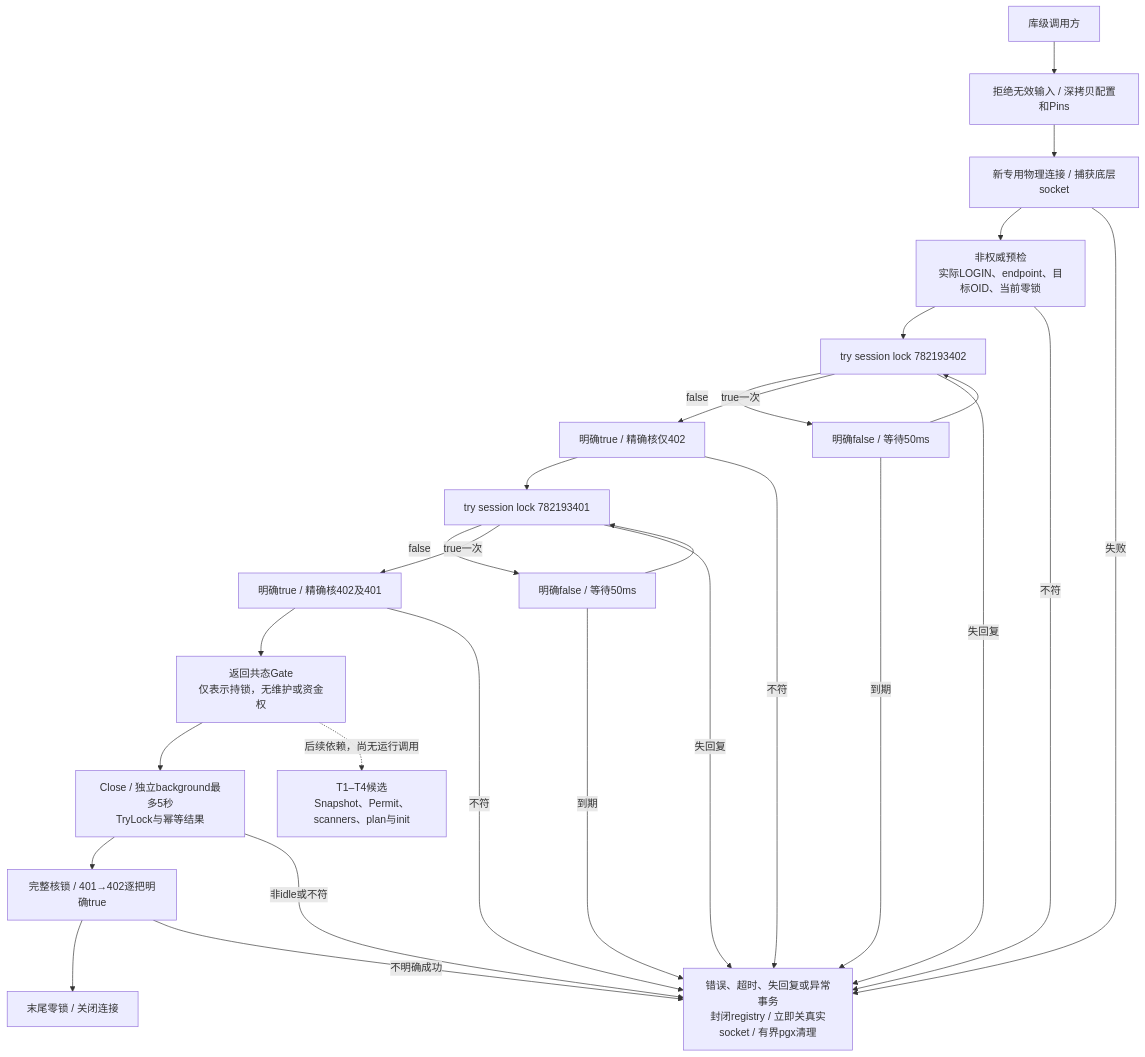
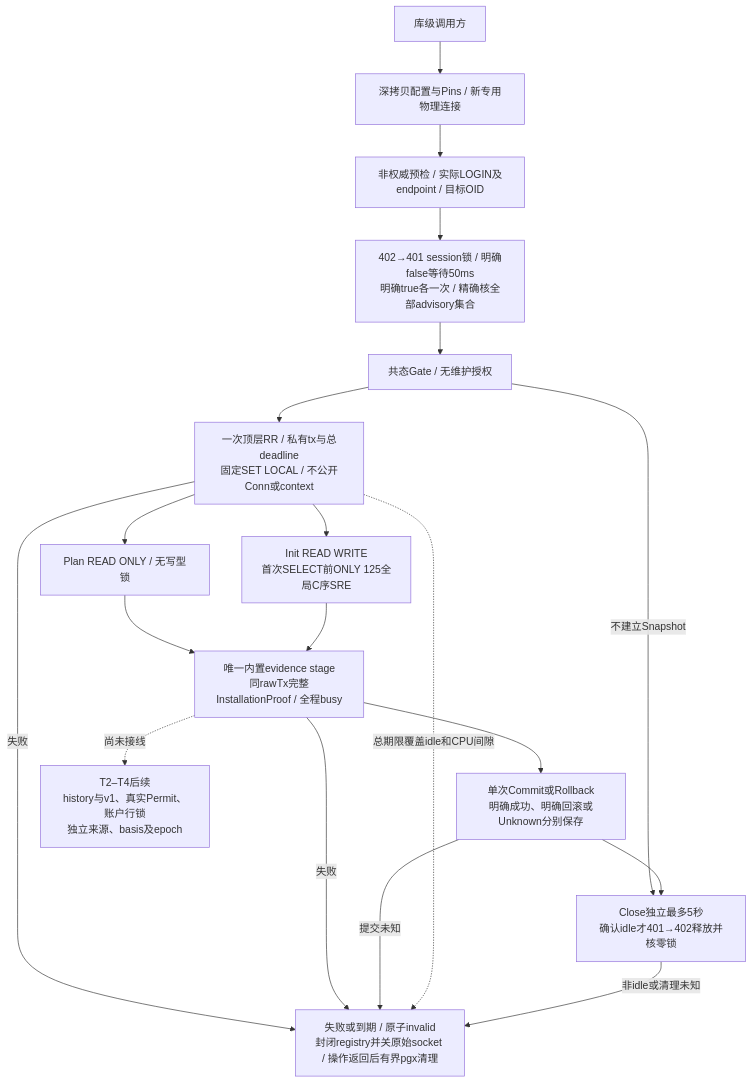
The diagram in docs/architecture/maintenance-gate.md (workhold/moni-aigate), drawn with Mermaid before and after one commit. The commit also changed other lines of this file and 34 other files, not shown here.

````diff
--- a/docs/architecture/maintenance-gate.md
+++ b/docs/architecture/maintenance-gate.md
@@ -5,35 +5,36 @@
 ```mermaid
 flowchart TD
     Caller[库级调用方]
-    Copy[拒绝无效输入 / 深拷贝配置和Pins]
-    Connect[新专用物理连接 / 捕获底层socket]
-    Preflight[非权威预检\n实际LOGIN、endpoint、目标OID、当前零锁]
-    Instance[try session lock 782193402]
-    WaitInstance[明确false / 等待50ms]
-    CheckInstance[明确true / 精确核仅402]
-    Migration[try session lock 782193401]
-    WaitMigration[明确false / 等待50ms]
-    CheckBoth[明确true / 精确核402及401]
-    Gate[返回共态Gate\n仅表示持锁，无维护或资金权]
-    Cleanup[Close / 独立background最多5秒\nTryLock与幂等结果]
-    Unlock[完整核锁 / 401→402逐把明确true]
-    End[末尾零锁 / 关闭连接]
-    Destroy[错误、超时、失回复或异常事务\n封闭registry / 立即关真实socket / 有界pgx清理]
-    Future[T1–T4候选\nSnapshot、Permit、scanners、plan与init]
-    Caller --> Copy --> Connect --> Preflight --> Instance
-    Instance -->|false| WaitInstance --> Instance
-    Instance -->|true一次| CheckInstance --> Migration
-    Migration -->|false| WaitMigration --> Migration
-    Migration -->|true一次| CheckBoth --> Gate --> Cleanup --> Unlock --> End
-    Connect -->|失败| Destroy
-    Preflight -->|不符| Destroy
-    CheckInstance -->|不符| Destroy
-    CheckBoth -->|不符| Destroy
-    WaitInstance -->|到期| Destroy
-    WaitMigration -->|到期| Destroy
-    Instance -->|失回复| Destroy
-    Migration -->|失回复| Destroy
-    Cleanup -->|非idle或不符| Destroy
-    Unlock -->|不明确成功| Destroy
-    Gate -. 后续依赖，尚无运行调用 .-> Future
+    Connect[深拷贝配置与Pins / 新专用物理连接]
+    Preflight[非权威预检 / 实际LOGIN及endpoint / 目标OID]
+    Locks[402→401 session锁 / 明确false等待50ms
+明确true各一次 / 精确核全部advisory集合]
+    Gate[共态Gate / 无维护授权]
+    Begin[一次顶层RR / 私有tx与总deadline
+固定SET LOCAL / 不公开Conn或context]
+    Plan[Plan READ ONLY / 无写型锁]
+    Init[Init READ WRITE
+首次SELECT前ONLY 125全局C序SRE]
+    Catalog[唯一内置evidence stage
+同rawTx完整InstallationProof / 全程busy]
+    Finish[单次Commit或Rollback
+明确成功、明确回滚或Unknown分别保存]
+    Cleanup[Close独立最多5秒
+确认idle才401→402释放并核零锁]
+    Destroy[失败或到期 / 原子invalid
+封闭registry并关原始socket / 操作返回后有界pgx清理]
+    Future[T2–T4后续
+history与v1、真实Permit、账户行锁
+独立来源、basis及epoch]
+    Caller --> Connect --> Preflight --> Locks --> Gate --> Begin
+    Gate -->|不建立Snapshot| Cleanup
+    Begin --> Plan --> Catalog
+    Begin --> Init --> Catalog
+    Catalog --> Finish --> Cleanup
+    Begin -->|失败| Destroy
+    Catalog -->|失败| Destroy
+    Finish -->|提交未知| Destroy
+    Begin -. 总期限覆盖idle和CPU间隙 .-> Destroy
+    Cleanup -->|非idle或清理未知| Destroy
+    Catalog -. 尚未接线 .-> Future
 ```
````
